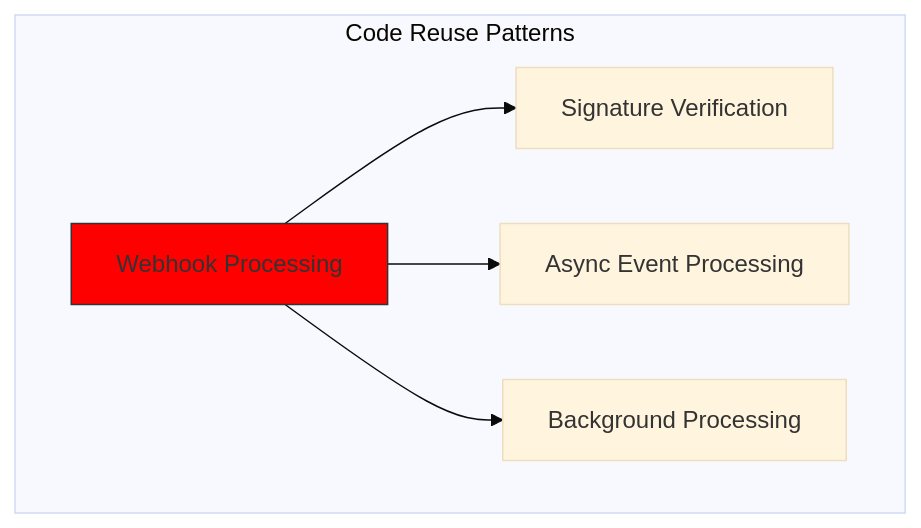
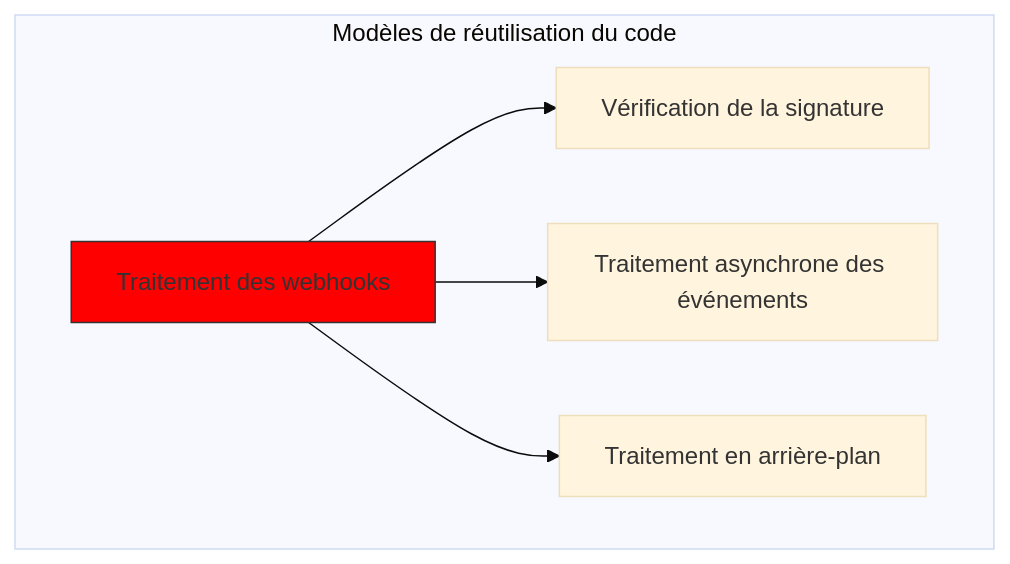
The sixth of 7 diagrams in app/views/docs/building-reliable-payment-system-stripe-paypal/index-fr.md (forwardemail/forwardemail.net), drawn with Mermaid (base theme) before and after one commit. The commit also changed other lines of this file and 1055 other files, not shown here.

````diff
--- a/app/views/docs/building-reliable-payment-system-stripe-paypal/index-fr.md
+++ b/app/views/docs/building-reliable-payment-system-stripe-paypal/index-fr.md
@@ -640,14 +644,14 @@
 ```mermaid
 graph TD
-    subgraph "Code Reuse Patterns"
-        L[Webhook Processing] --> M[Signature Verification]
-        L --> N[Async Event Processing]
-        L --> O[Background Processing]
+    subgraph "Modèles de réutilisation du code"
+        L[Traitement des webhooks] --> M[Vérification de la signature]
+        L --> N[Traitement asynchrone des événements]
+        L --> O[Traitement en arrière-plan]
     end
 
     classDef primary fill:blue,stroke:#333,stroke-width:2px;
     classDef secondary fill:red,stroke:#333,stroke-width:1px;
 
     class A,P,V primary;
     class B,C,D,E,I,L,Q,R,S,W,X,Y,Z secondary;
 ```
````
